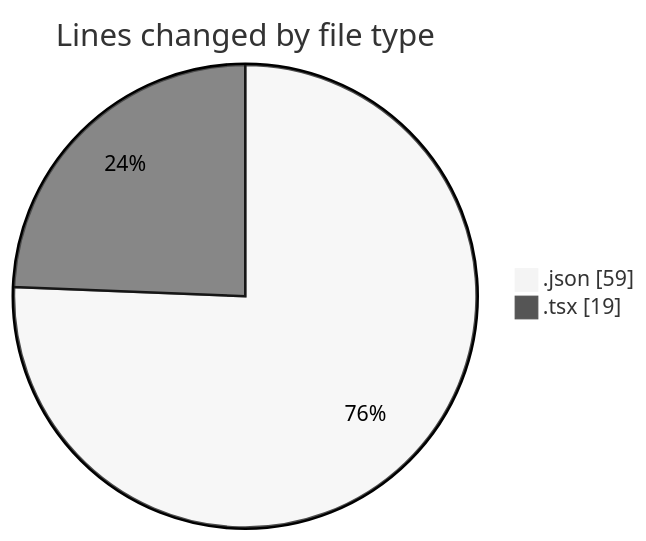
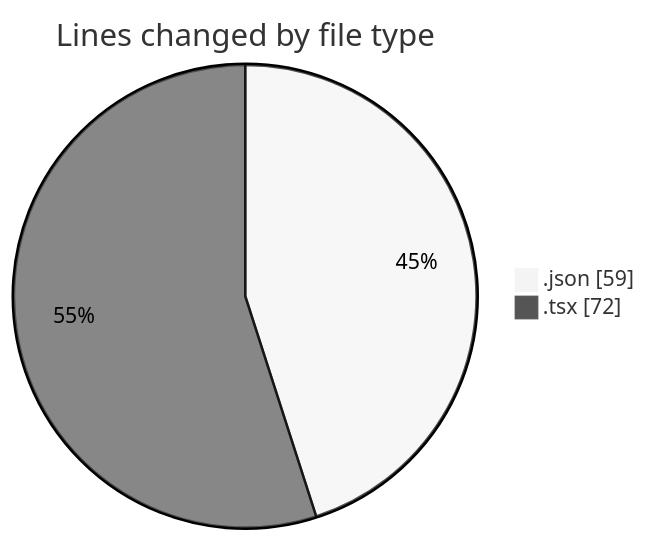
The first of 2 diagrams in 2025-11-19/cda/README.md (momahboobian/code-tracking), drawn with Mermaid (neutral theme) before and after one commit. The commit also changed other lines of this file and 1 other file, not shown here.

````diff
--- a/2025-11-19/cda/README.md
+++ b/2025-11-19/cda/README.md
@@ -21,6 +21,6 @@
 ```mermaid
 pie showData
 title Lines changed by file type
 ".json" : 59
-".tsx" : 19
+".tsx" : 72
 ```
````
